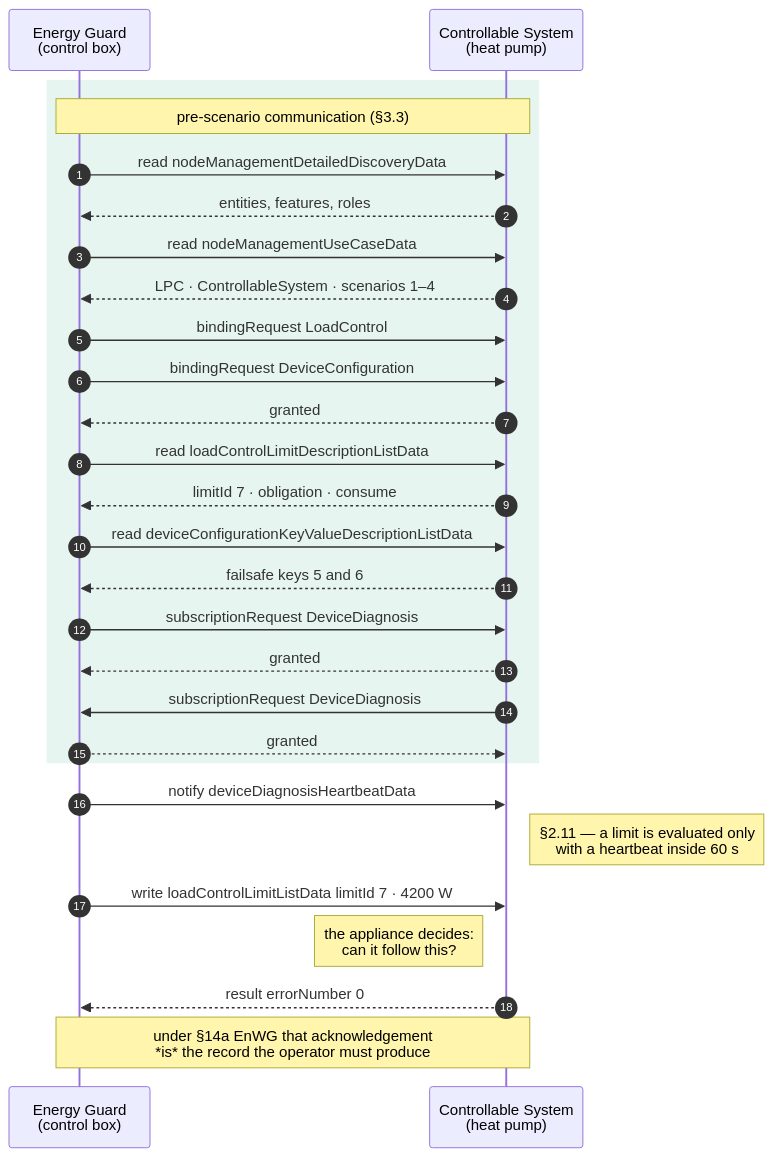
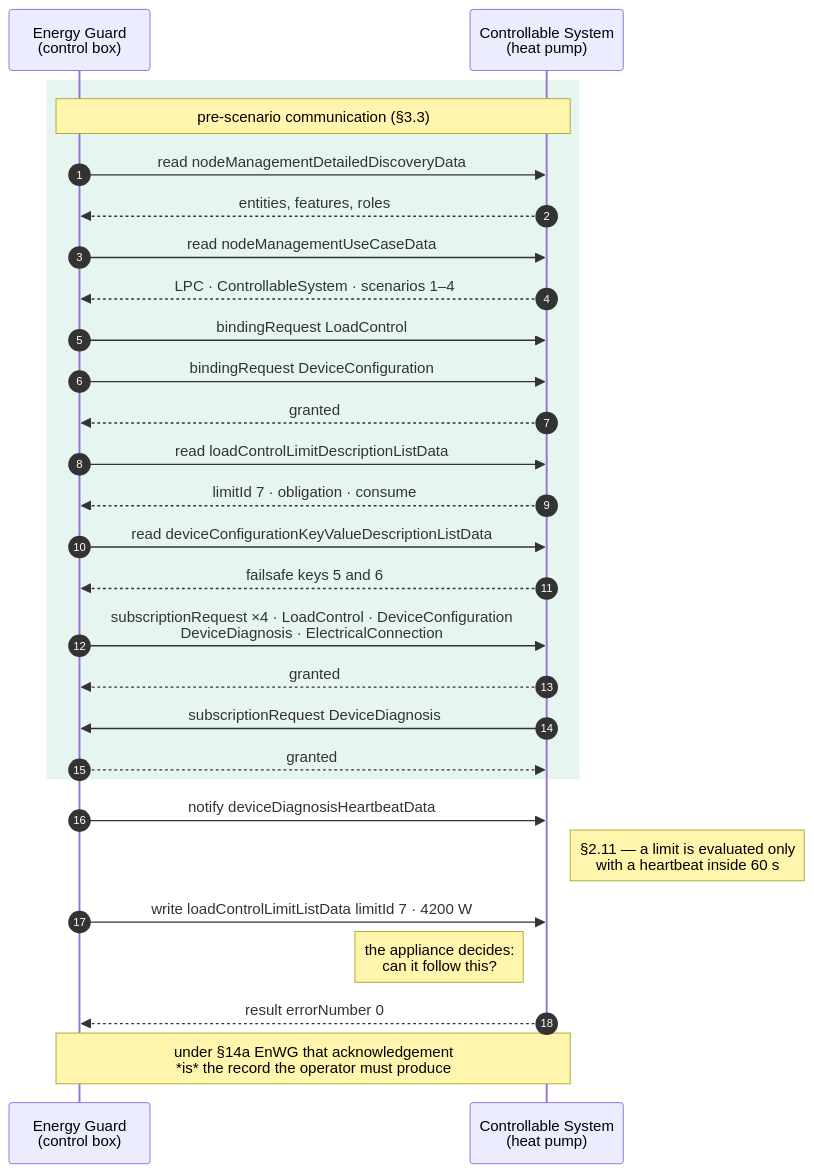
One commit to hupe1980/eebus changed the first of 2 diagrams in site/content/docs/limitation.md. Above: the diagram before and after it, drawn with Mermaid. The commit also changed other lines of this file and 35 other files, not shown here.

````diff
--- a/site/content/docs/limitation.md
+++ b/site/content/docs/limitation.md
@@ -23,32 +23,32 @@
 ```mermaid
 sequenceDiagram
   autonumber
   participant EG as Energy Guard<br>(control box)
   participant CS as Controllable System<br>(heat pump)
 
   rect rgb(230, 245, 239)
     Note over EG,CS: pre-scenario communication (§3.3)
     EG->>CS: read nodeManagementDetailedDiscoveryData
     CS-->>EG: entities, features, roles
     EG->>CS: read nodeManagementUseCaseData
     CS-->>EG: LPC · ControllableSystem · scenarios 1–4
     EG->>CS: bindingRequest LoadControl
     EG->>CS: bindingRequest DeviceConfiguration
     CS-->>EG: granted
     EG->>CS: read loadControlLimitDescriptionListData
     CS-->>EG: limitId 7 · obligation · consume
     EG->>CS: read deviceConfigurationKeyValueDescriptionListData
     CS-->>EG: failsafe keys 5 and 6
-    EG->>CS: subscriptionRequest DeviceDiagnosis
+    EG->>CS: subscriptionRequest ×4 · LoadControl · DeviceConfiguration<br>DeviceDiagnosis · ElectricalConnection
     CS-->>EG: granted
     CS->>EG: subscriptionRequest DeviceDiagnosis
     EG-->>CS: granted
   end
 
   EG->>CS: notify deviceDiagnosisHeartbeatData
   Note right of CS: §2.11 — a limit is evaluated only<br>with a heartbeat inside 60 s
   EG->>CS: write loadControlLimitListData limitId 7 · 4200 W
   Note left of CS: the appliance decides:<br>can it follow this?
   CS-->>EG: result errorNumber 0
   Note over EG,CS: under §14a EnWG that acknowledgement<br>*is* the record the operator must produce
 ```
````
